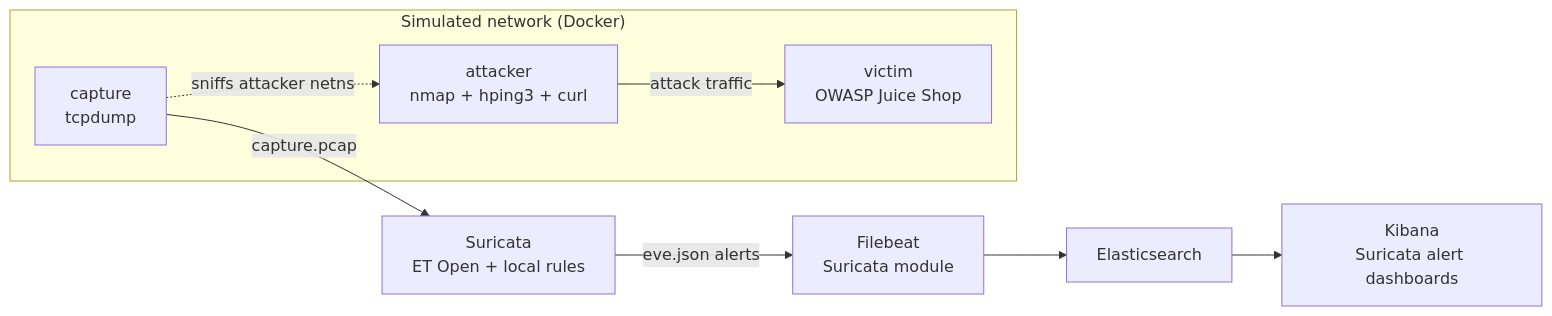
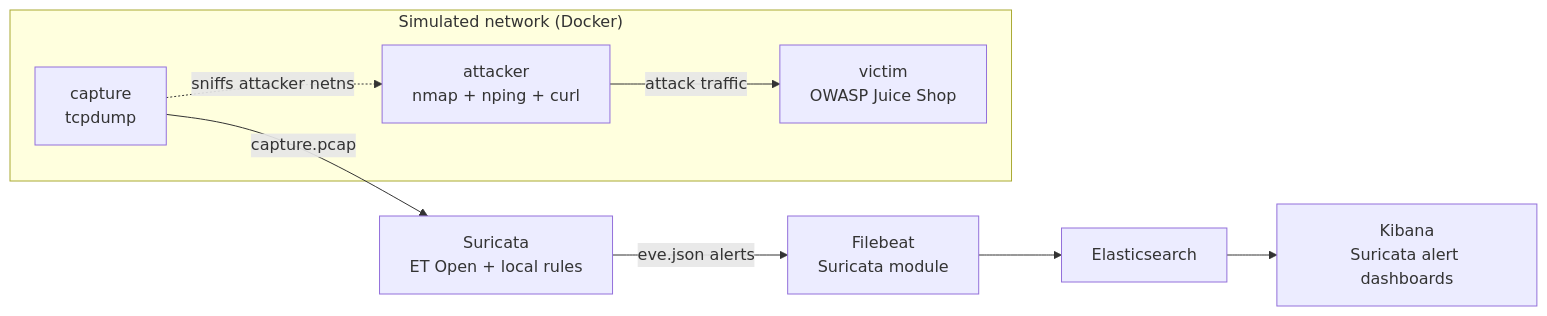
The diagram in README.md (Dc0der-X/mini-soc-lab), drawn with Mermaid before and after one commit. The commit also changed other lines of this file and 5 other files, not shown here.

````diff
--- a/README.md
+++ b/README.md
@@ -15,11 +15,11 @@
 ```mermaid
 flowchart LR
     subgraph "Simulated network (Docker)"
-        A[attacker\nnmap + hping3 + curl] -->|attack traffic| V[victim\nOWASP Juice Shop]
+        A[attacker\nnmap + nping + curl] -->|attack traffic| V[victim\nOWASP Juice Shop]
         C[capture\ntcpdump] -.sniffs attacker netns.-> A
     end
     C -->|capture.pcap| S[Suricata\nET Open + local rules]
     S -->|eve.json alerts| F[Filebeat\nSuricata module]
     F --> E[Elasticsearch]
     E --> K[Kibana\nSuricata alert dashboards]
 ```
````
